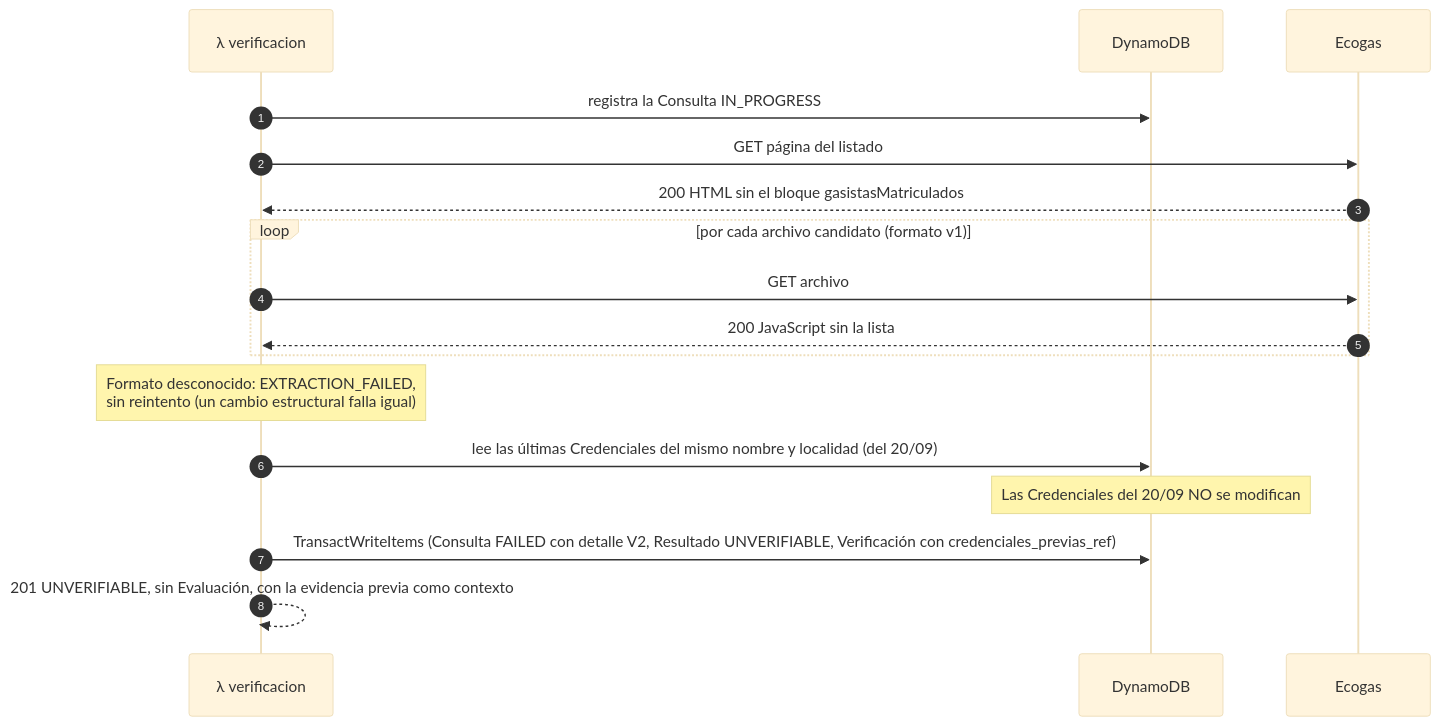
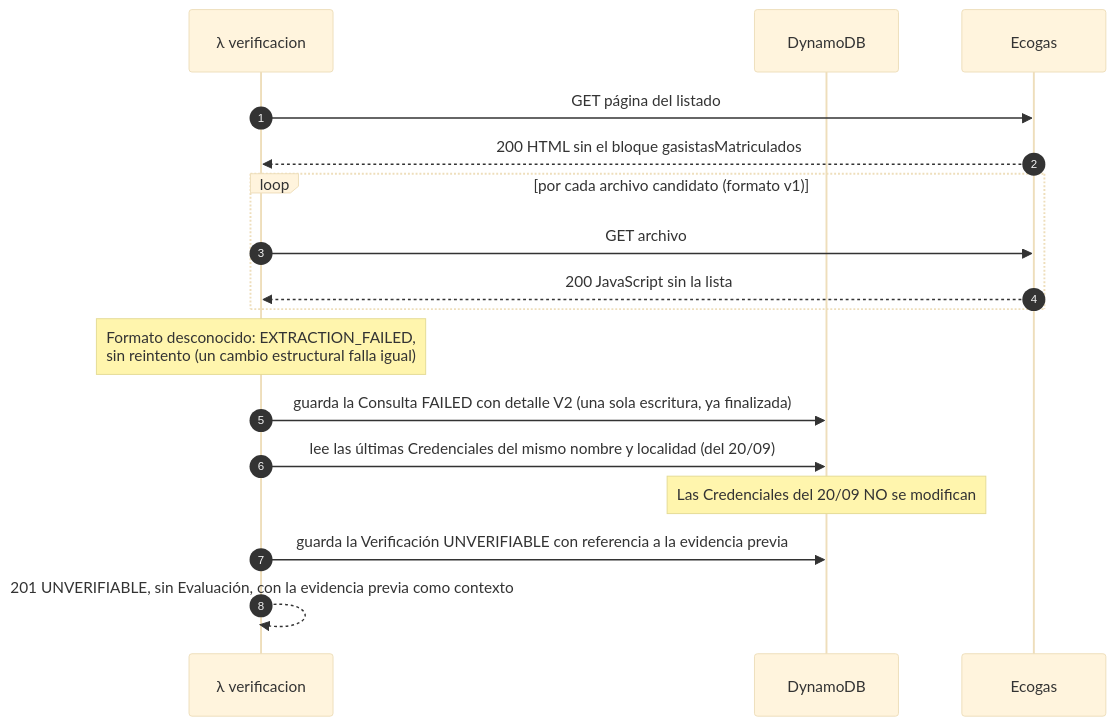
One commit to IvanDaniliuk01/MatriculAR changed the second of 5 diagrams in docs/api.md. Above: the diagram before and after it, drawn with Mermaid (base theme). The commit also changed other lines of this file and 8 other files, not shown here.

````diff
--- a/docs/api.md
+++ b/docs/api.md
@@ -465,20 +466,20 @@
 ```mermaid
 sequenceDiagram
     autonumber
     participant L as λ verificacion
     participant D as DynamoDB
     participant E as Ecogas
 
-    L->>D: registra la Consulta IN_PROGRESS
     L->>E: GET página del listado
     E-->>L: 200 HTML sin el bloque gasistasMatriculados
     loop por cada archivo candidato (formato v1)
         L->>E: GET archivo
         E-->>L: 200 JavaScript sin la lista
     end
     Note over L: Formato desconocido: EXTRACTION_FAILED,<br/>sin reintento (un cambio estructural falla igual)
+    L->>D: guarda la Consulta FAILED con detalle V2 (una sola escritura, ya finalizada)
     L->>D: lee las últimas Credenciales del mismo nombre y localidad (del 20/09)
     Note over D: Las Credenciales del 20/09 NO se modifican
-    L->>D: TransactWriteItems (Consulta FAILED con detalle V2, Resultado UNVERIFIABLE, Verificación con credenciales_previas_ref)
+    L->>D: guarda la Verificación UNVERIFIABLE con referencia a la evidencia previa
     L-->>L: 201 UNVERIFIABLE, sin Evaluación, con la evidencia previa como contexto
 ```
````
